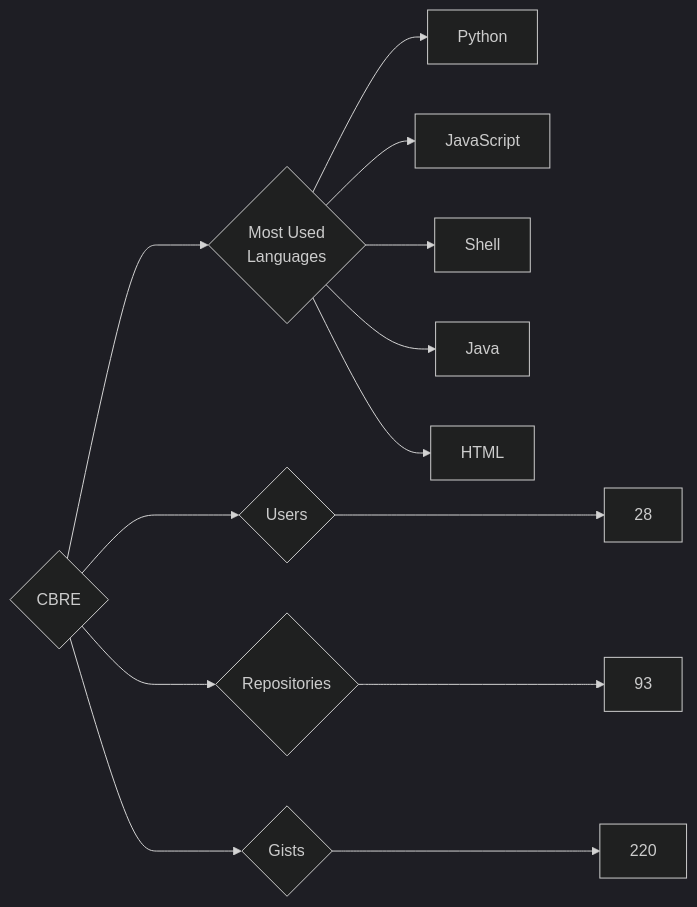
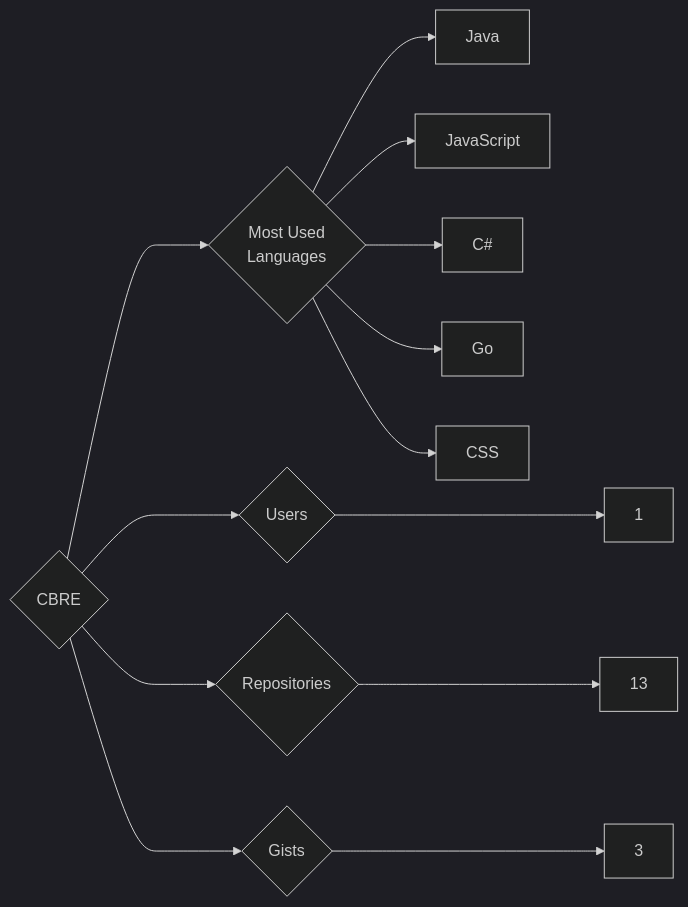
Before and after one commit to trickest/insiders: the diagram in targets/CBRE/README.md, drawn with Mermaid (dark theme). The commit also changed 682 other files, not shown here.

````diff
--- a/targets/CBRE/README.md
+++ b/targets/CBRE/README.md
@@ -3,13 +3,13 @@
 ```mermaid
 graph LR
 COMPANY_NAME{CBRE}
-COMPANY_NAME ---> U{Users} ---> UN[28]
-COMPANY_NAME ---> R{Repositories} ---> RN[93]
-COMPANY_NAME ---> G{Gists} ---> GN[220]
+COMPANY_NAME ---> U{Users} ---> UN[1]
+COMPANY_NAME ---> R{Repositories} ---> RN[13]
+COMPANY_NAME ---> G{Gists} ---> GN[3]
 COMPANY_NAME ---> ML{Most Used<br>Languages}
-ML --> Python[Python]
+ML --> Java[Java]
 ML --> JavaScript[JavaScript]
-ML --> Shell[Shell]
-ML --> Java[Java]
-ML --> HTML[HTML]
+ML --> C#[C#]
+ML --> Go[Go]
+ML --> CSS[CSS]
 ```
````
